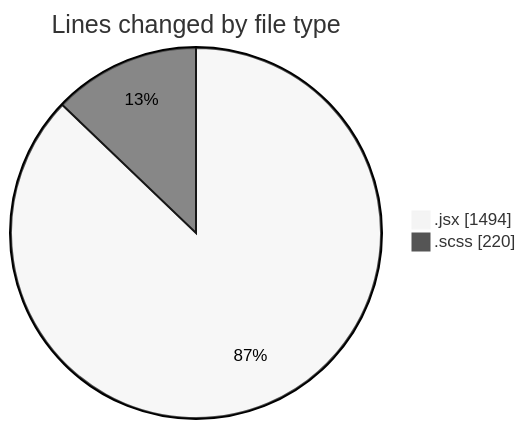
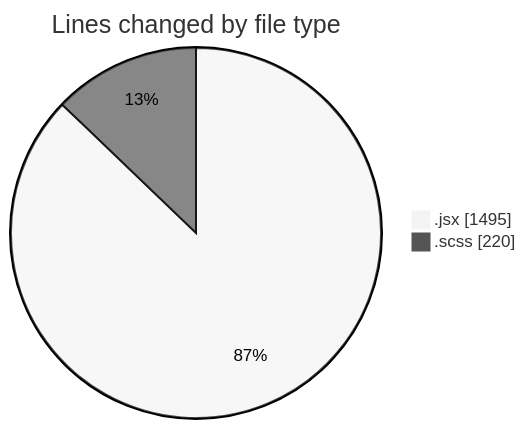
One commit to momahboobian/code-tracking changed the first of 2 diagrams in 2026-09-02/cda/README.md. Above: the diagram before and after it, drawn with Mermaid (neutral theme). The commit also changed other lines of this file and 1 other file, not shown here.

````diff
--- a/2026-09-02/cda/README.md
+++ b/2026-09-02/cda/README.md
@@ -26,6 +26,6 @@
 ```mermaid
 pie showData
 title Lines changed by file type
-".jsx" : 1494
+".jsx" : 1495
 ".scss" : 220
 ```
````
